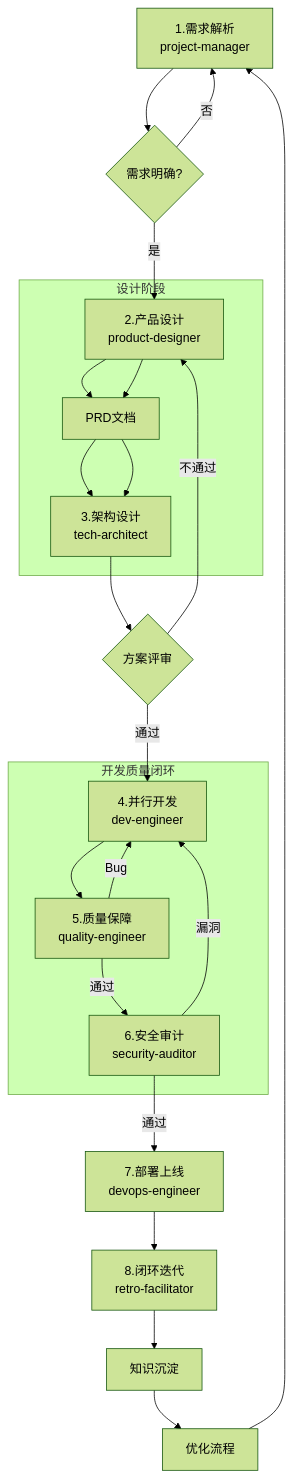
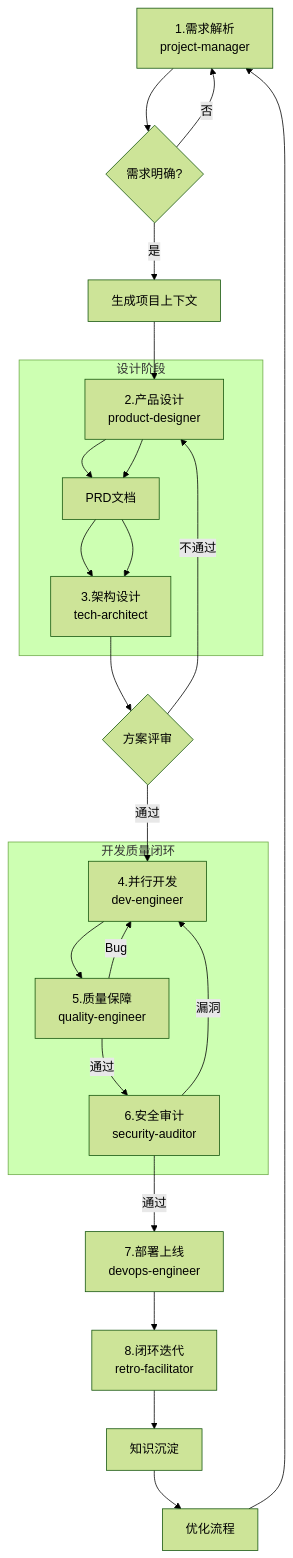
Before and after one commit to Tooooommy/Trae-Workflow: the third of 6 diagrams in skills/project-manager/SKILL.md, drawn with Mermaid (forest theme). The commit also changed other lines of this file and 1 other file, not shown here.

````diff
--- a/skills/project-manager/SKILL.md
+++ b/skills/project-manager/SKILL.md
@@ -137,32 +137,33 @@
 ```mermaid
 flowchart TD
     A[1.需求解析<br/>project-manager] --> B{需求明确?}
     B -->|否| A
-    B -->|是| C[2.产品设计<br/>product-designer]
-    C --> D[PRD文档]
-    D --> E[3.架构设计<br/>tech-architect]
-    E --> F{方案评审}
-    F -->|通过| G[4.并行开发<br/>dev-engineer]
-    F -->|不通过| C
+    B -->|是| C[生成项目上下文]
+    C --> D[2.产品设计<br/>product-designer]
+    D --> E[PRD文档]
+    E --> F[3.架构设计<br/>tech-architect]
+    F --> G{方案评审}
+    G -->|通过| H[4.并行开发<br/>dev-engineer]
+    G -->|不通过| D
 
-    G --> H[5.质量保障<br/>quality-engineer]
-    H -->|Bug| G
-    H -->|通过| I[6.安全审计<br/>security-auditor]
-    I -->|漏洞| G
-    I -->|通过| J[7.部署上线<br/>devops-engineer]
+    H --> I[5.质量保障<br/>quality-engineer]
+    I -->|Bug| H
+    I -->|通过| J[6.安全审计<br/>security-auditor]
+    J -->|漏洞| H
+    J -->|通过| K[7.部署上线<br/>devops-engineer]
 
-    J --> K[8.闭环迭代<br/>retro-facilitator]
-    K --> L[知识沉淀]
-    L --> M[优化流程]
-    M --> A
+    K --> L[8.闭环迭代<br/>retro-facilitator]
+    L --> M[知识沉淀]
+    M --> N[优化流程]
+    N --> A
 
     subgraph "设计阶段"
-        C --> D --> E
+        D --> E --> F
     end
 
     subgraph "开发质量闭环"
-        G
         H
         I
+        J
     end
 ```
````
